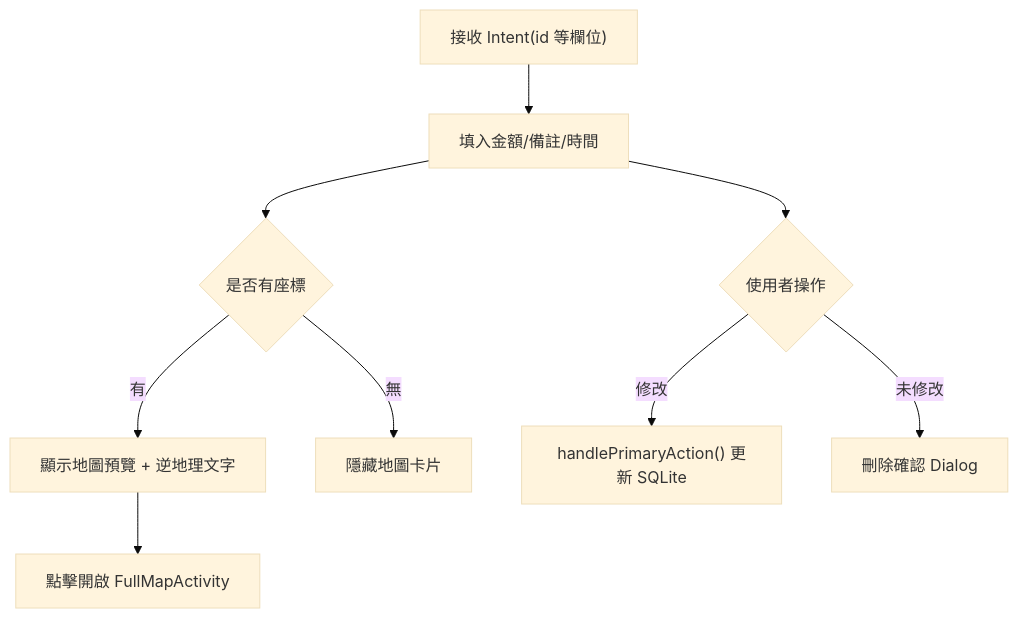
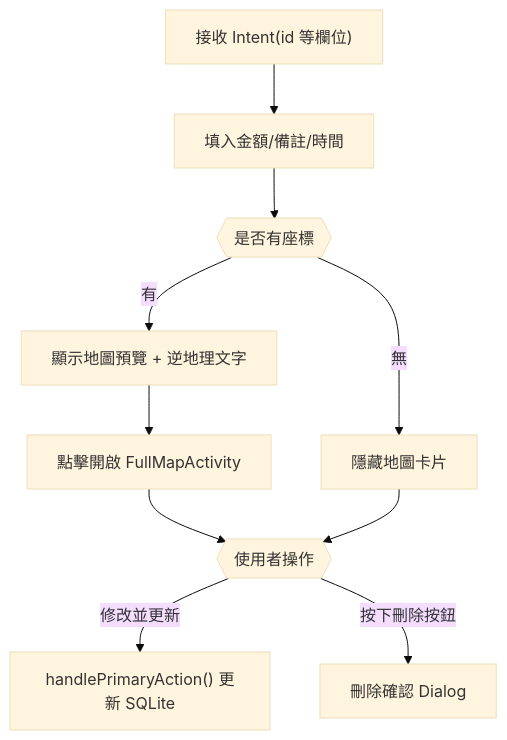
Before and after one commit to Dao-you/SimplestBookAndroid: the seventh of 26 diagrams in Grading_Criteria.md, drawn with Mermaid (base theme). The commit also changed other lines of this file, not shown here.

````diff
--- a/Grading_Criteria.md
+++ b/Grading_Criteria.md
@@ -232,11 +229,12 @@
 ```mermaid
 flowchart TD
     A["接收 Intent(id 等欄位)"] --> B["填入金額/備註/時間"]
-    B --> C{"是否有座標"}
+    B --> C{{"是否有座標"}}
     C -->|"有"| D["顯示地圖預覽 + 逆地理文字"]
     D --> E["點擊開啟 FullMapActivity"]
     C -->|"無"| F["隱藏地圖卡片"]
-    B --> G{"使用者操作"}
-    G -->|"修改"| H["handlePrimaryAction() 更新 SQLite"]
-    G -->|"未修改"| I["刪除確認 Dialog"]
+    E --> G{{"使用者操作"}}
+    F --> G
+    G -->|"修改並更新"| H["handlePrimaryAction() 更新 SQLite"]
+    G -->|"按下刪除按鈕"| I["刪除確認 Dialog"]
 ```
````
